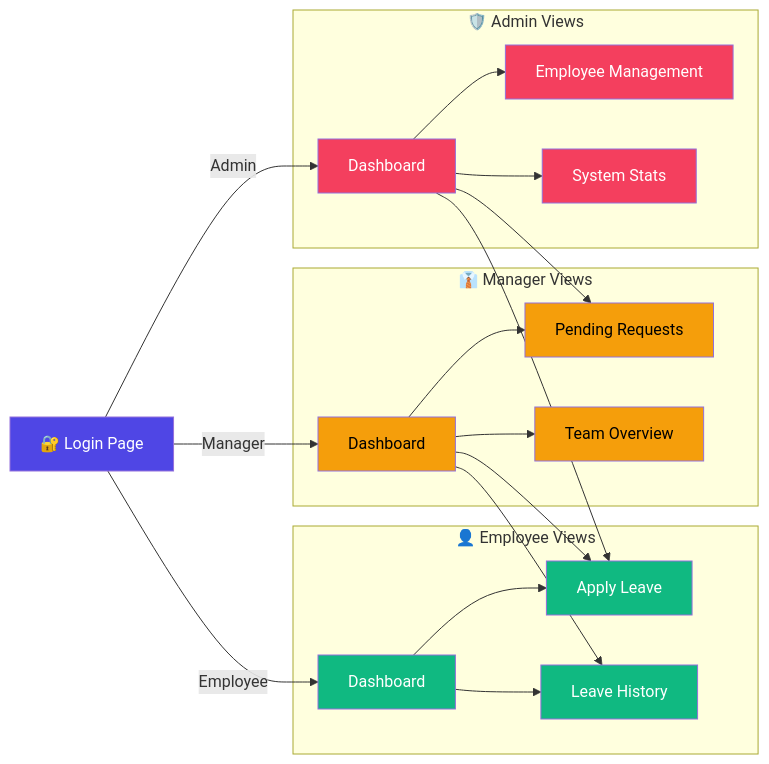
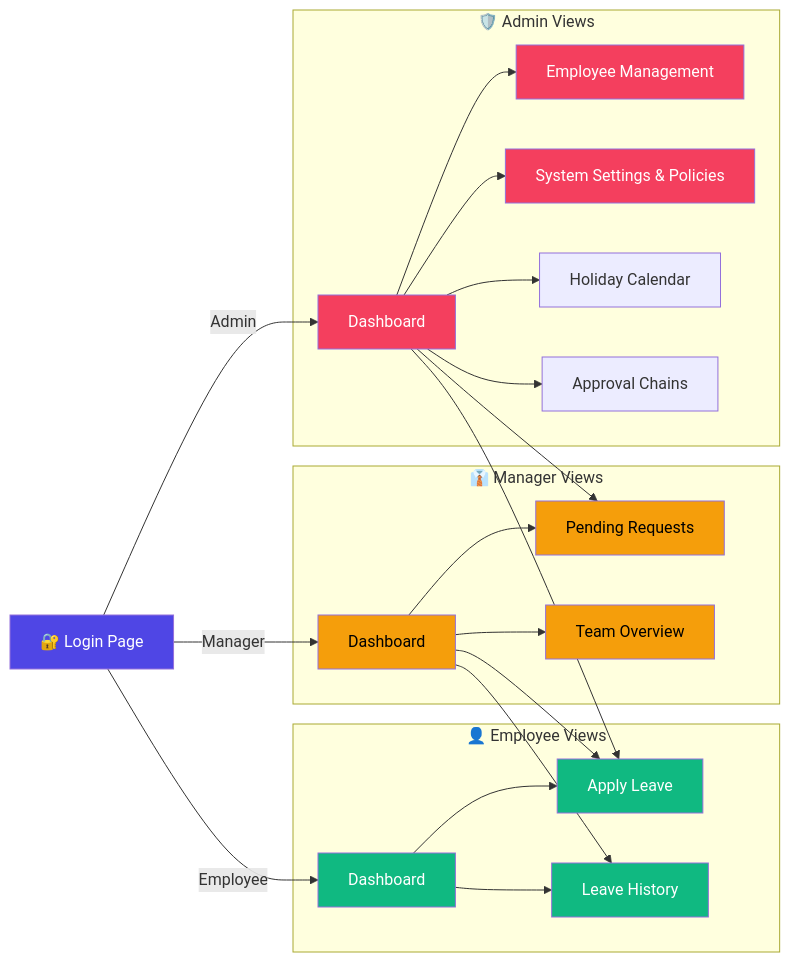
The seventh of 7 diagrams in docs/04-User-Flows.md (algorithnicmind/Bookflow-management), drawn with Mermaid before and after one commit. The commit also changed other lines of this file and 31 other files, not shown here.

````diff
--- a/docs/04-User-Flows.md
+++ b/docs/04-User-Flows.md
@@ -175,50 +206,54 @@
 ```mermaid
 flowchart LR
     Login[🔐 Login Page]
     
     subgraph Employee["👤 Employee Views"]
         ED[Dashboard]
         AL[Apply Leave]
         LH[Leave History]
     end
     
     subgraph Manager["👔 Manager Views"]
         MD[Dashboard]
         PR[Pending Requests]
         TO[Team Overview]
     end
     
     subgraph Admin["🛡️ Admin Views"]
         AD[Dashboard]
         EM[Employee Management]
-        SS[System Stats]
+        SS[System Settings & Policies]
+        HC[Holiday Calendar]
+        AC[Approval Chains]
     end
     
     Login -->|Employee| ED
     Login -->|Manager| MD
     Login -->|Admin| AD
     
     ED --> AL
     ED --> LH
     
     MD --> PR
     MD --> TO
     MD --> AL
     MD --> LH
     
     AD --> EM
     AD --> SS
+    AD --> HC
+    AD --> AC
     AD --> PR
     AD --> AL
     
     style Login fill:#4F46E5,color:#fff
     style ED fill:#10B981,color:#fff
     style AL fill:#10B981,color:#fff
     style LH fill:#10B981,color:#fff
     style MD fill:#F59E0B,color:#000
     style PR fill:#F59E0B,color:#000
     style TO fill:#F59E0B,color:#000
     style AD fill:#F43F5E,color:#fff
     style EM fill:#F43F5E,color:#fff
     style SS fill:#F43F5E,color:#fff
 ```
````
